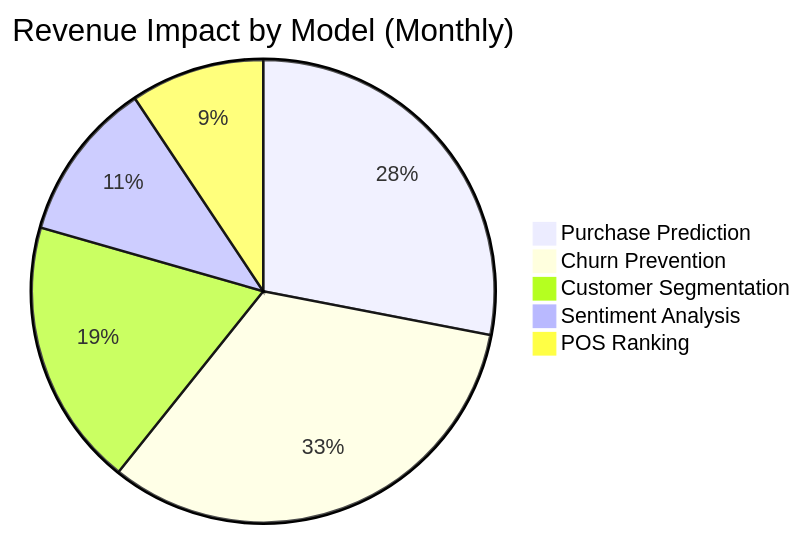
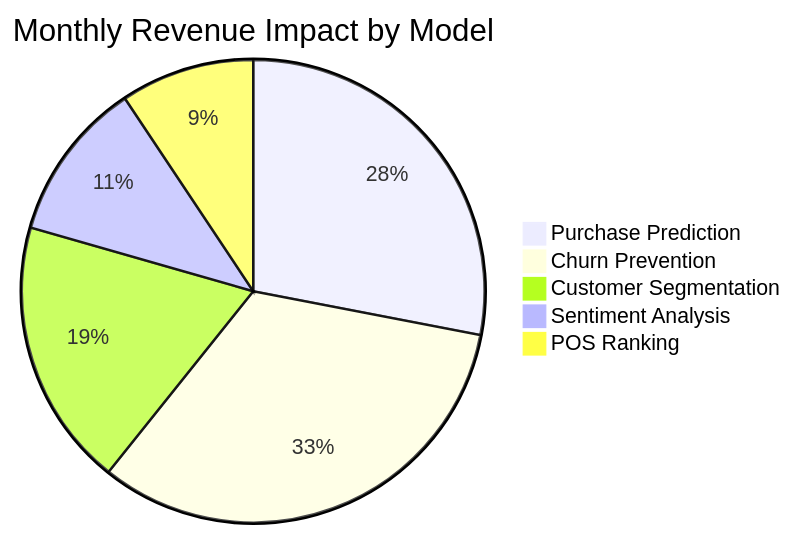
Before and after one commit to interview-tasks/Inforotor_AI_developer: diagram 12 of 12 in README.md, drawn with Mermaid. The commit also changed other lines of this file, not shown here.

````diff
--- a/README.md
+++ b/README.md
@@ -1992,8 +652,8 @@
 ```mermaid
-pie title Revenue Impact by Model (Monthly)
+pie title Monthly Revenue Impact by Model
     "Purchase Prediction" : 30000
     "Churn Prevention" : 35000
     "Customer Segmentation" : 20000
     "Sentiment Analysis" : 12000
     "POS Ranking" : 10000
 ```
````
